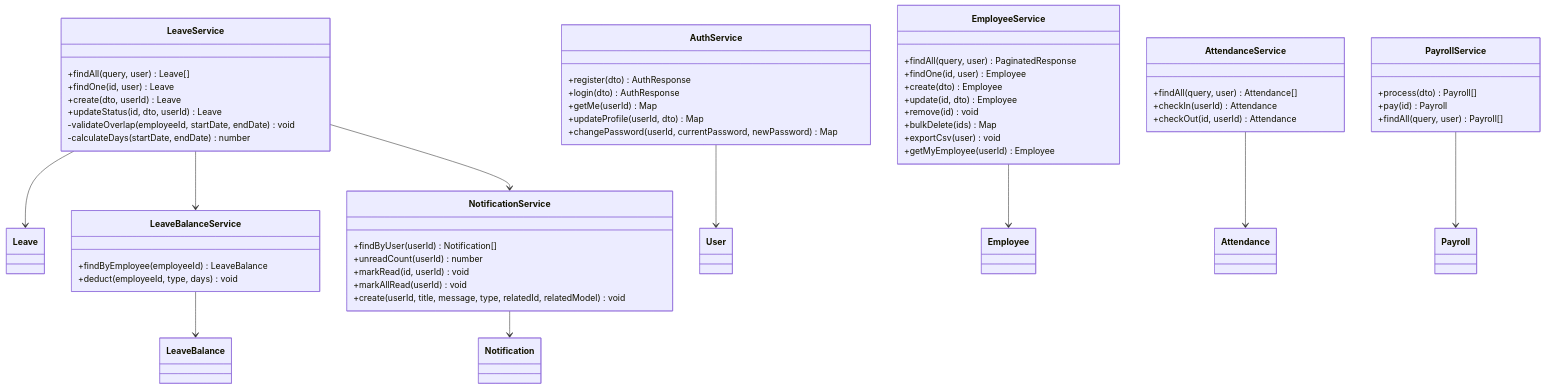
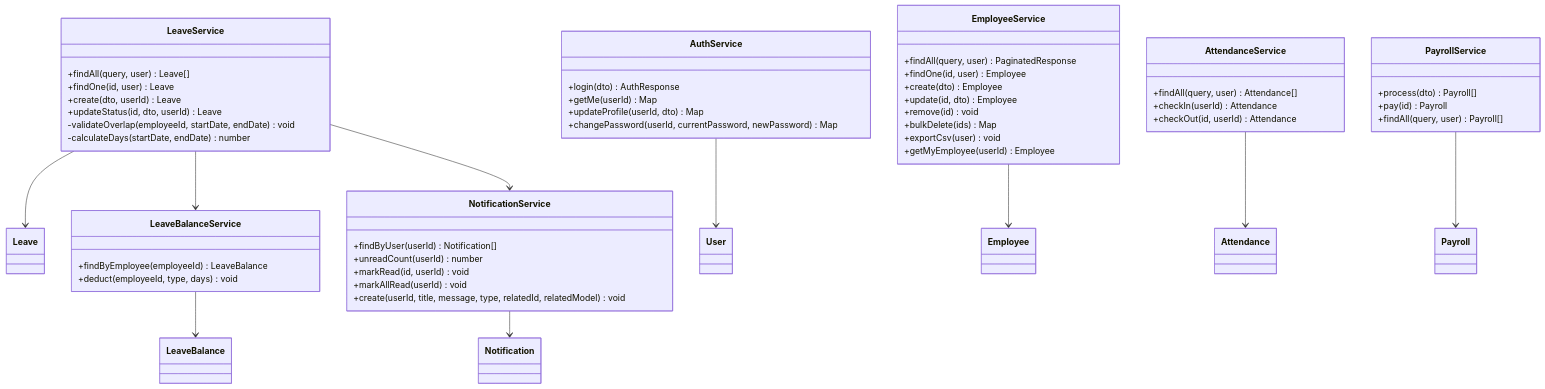
Before and after one commit to nghiaxh/hr-management: diagram 15 of 24 in docs/SDD.md, drawn with Mermaid. The commit also changed other lines of this file and 6 other files, not shown here.

````diff
--- a/docs/SDD.md
+++ b/docs/SDD.md
@@ -840,58 +847,57 @@
 ```mermaid
 classDiagram
     class AuthService {
-        +register(dto) AuthResponse
         +login(dto) AuthResponse
         +getMe(userId) Map
         +updateProfile(userId, dto) Map
         +changePassword(userId, currentPassword, newPassword) Map
     }
     class EmployeeService {
         +findAll(query, user) PaginatedResponse
         +findOne(id, user) Employee
         +create(dto) Employee
         +update(id, dto) Employee
         +remove(id) void
         +bulkDelete(ids) Map
         +exportCsv(user) void
         +getMyEmployee(userId) Employee
     }
     class LeaveService {
         +findAll(query, user) Leave[]
         +findOne(id, user) Leave
         +create(dto, userId) Leave
         +updateStatus(id, dto, userId) Leave
         -validateOverlap(employeeId, startDate, endDate) void
         -calculateDays(startDate, endDate) number
     }
     class AttendanceService {
         +findAll(query, user) Attendance[]
         +checkIn(userId) Attendance
         +checkOut(id, userId) Attendance
     }
     class NotificationService {
         +findByUser(userId) Notification[]
         +unreadCount(userId) number
         +markRead(id, userId) void
         +markAllRead(userId) void
         +create(userId, title, message, type, relatedId, relatedModel) void
     }
     class LeaveBalanceService {
         +findByEmployee(employeeId) LeaveBalance
         +deduct(employeeId, type, days) void
     }
     class PayrollService {
         +process(dto) Payroll[]
         +pay(id) Payroll
         +findAll(query, user) Payroll[]
     }
     AuthService --> User
     EmployeeService --> Employee
     LeaveService --> Leave
     AttendanceService --> Attendance
     NotificationService --> Notification
     LeaveBalanceService --> LeaveBalance
     PayrollService --> Payroll
     LeaveService --> LeaveBalanceService
     LeaveService --> NotificationService
 ```
````
